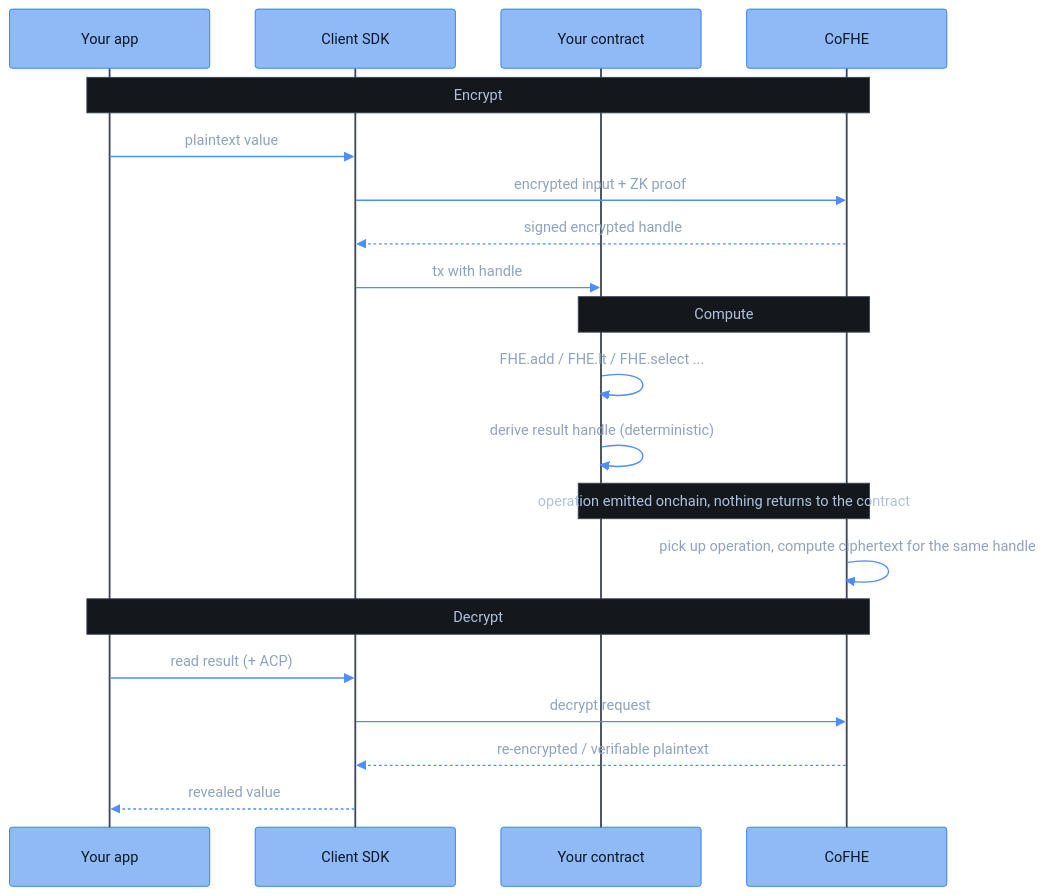
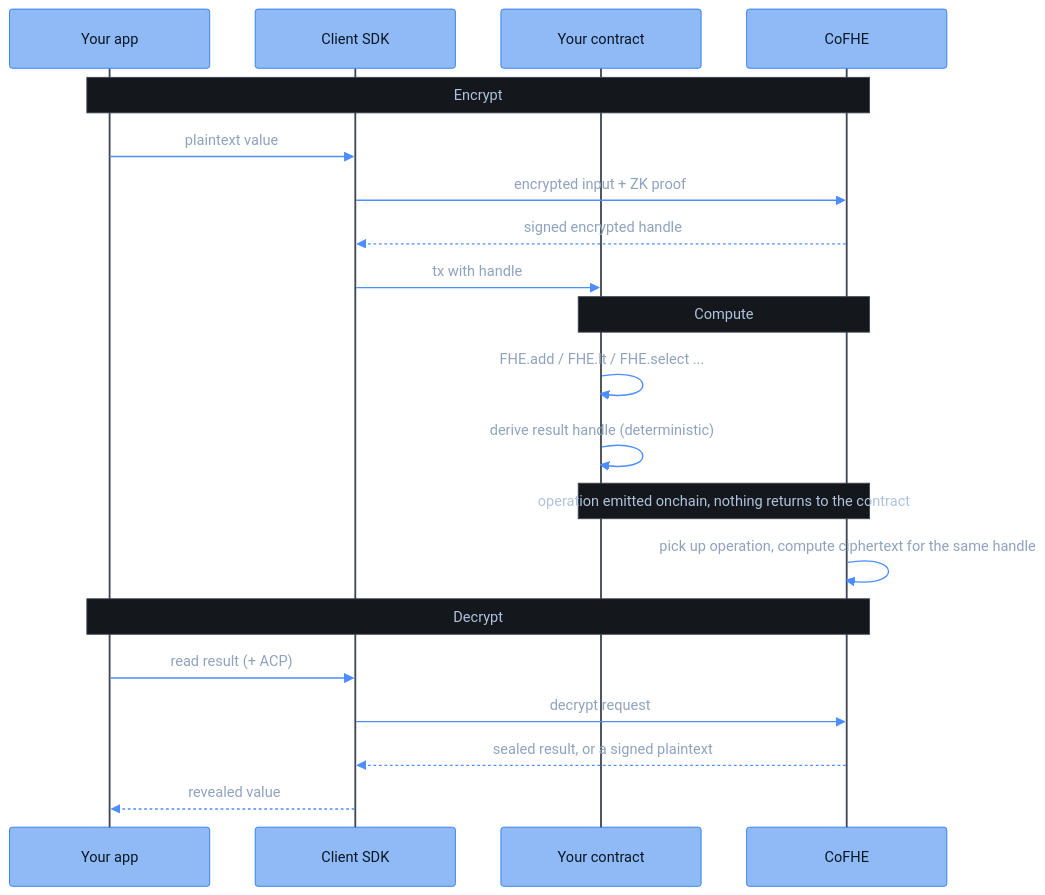
The diagram in get-started/introduction/what-is-cofhe.mdx (FhenixProtocol/fhenix-developer-docs), drawn with Mermaid before and after one commit. The commit also changed 6 other files, not shown here.

Commit message:
[DOCS] diagram pages: align page wording with the diagram components

````diff
--- a/get-started/introduction/what-is-cofhe.mdx
+++ b/get-started/introduction/what-is-cofhe.mdx
@@ -50,26 +50,26 @@
 ```mermaid
 %%{init: {"theme": "base", "themeVariables": {"fontFamily": "Menlo, Monaco, Consolas, monospace", "fontSize": "16px", "primaryColor": "#8FBAF5", "primaryBorderColor": "#2E7CF6", "primaryTextColor": "#0A1626", "lineColor": "#4C8DFF", "signalColor": "#4C8DFF", "signalTextColor": "#8FA3BF", "actorBkg": "#8FBAF5", "actorBorder": "#2E7CF6", "actorTextColor": "#0A1626", "actorLineColor": "#3D4654", "noteBkgColor": "#14171C", "noteBorderColor": "#3D4654", "noteTextColor": "#AFC3DE", "activationBkgColor": "#1E3A5F", "activationBorderColor": "#4C8DFF", "clusterBkg": "#14171C", "clusterBorder": "#3D4654", "titleColor": "#E7EAEE", "edgeLabelBackground": "#8FBAF5", "textColor": "#AFC3DE", "labelTextColor": "#E7EAEE", "tertiaryColor": "#14171C", "loopTextColor": "#AFC3DE", "labelBoxBkgColor": "#1E3A5F", "labelBoxBorderColor": "#4C8DFF"}, "sequence": {"actorFontFamily": "Menlo, Monaco, Consolas, monospace", "messageFontFamily": "Menlo, Monaco, Consolas, monospace", "noteFontFamily": "Menlo, Monaco, Consolas, monospace", "width": 220, "actorFontSize": 16, "messageFontSize": 16, "noteFontSize": 15}}}%%
 sequenceDiagram
     participant App as Your app
     participant SDK as Client SDK
     participant C as Your contract
     participant CoFHE as CoFHE
 
     Note over App,CoFHE: Encrypt
     App->>SDK: plaintext value
     SDK->>CoFHE: encrypted input + ZK proof
     CoFHE-->>SDK: signed encrypted handle
     SDK->>C: tx with handle
 
     Note over C,CoFHE: Compute
     C->>C: FHE.add / FHE.lt / FHE.select ...
     C->>C: derive result handle (deterministic)
     Note over C,CoFHE: operation emitted onchain, nothing returns to the contract
     CoFHE->>CoFHE: pick up operation, compute ciphertext for the same handle
 
     Note over App,CoFHE: Decrypt
     App->>SDK: read result (+ ACP)
     SDK->>CoFHE: decrypt request
-    CoFHE-->>SDK: re-encrypted / verifiable plaintext
+    CoFHE-->>SDK: sealed result, or a signed plaintext
     SDK-->>App: revealed value
 ```
````
